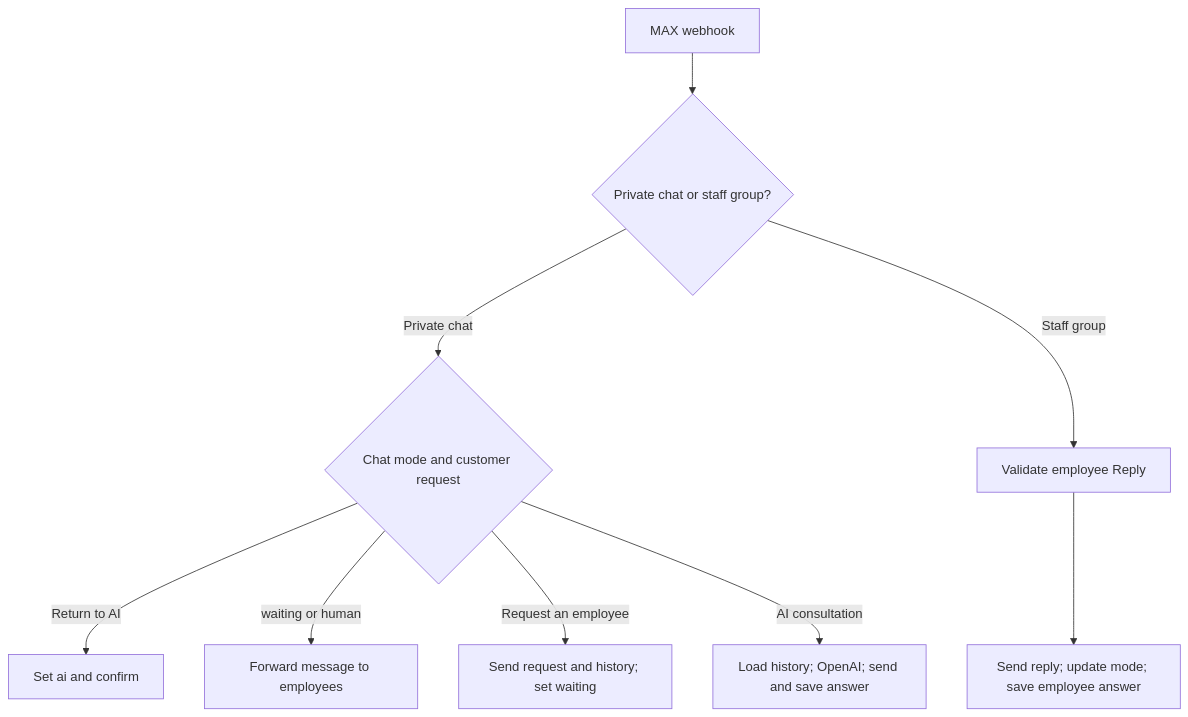
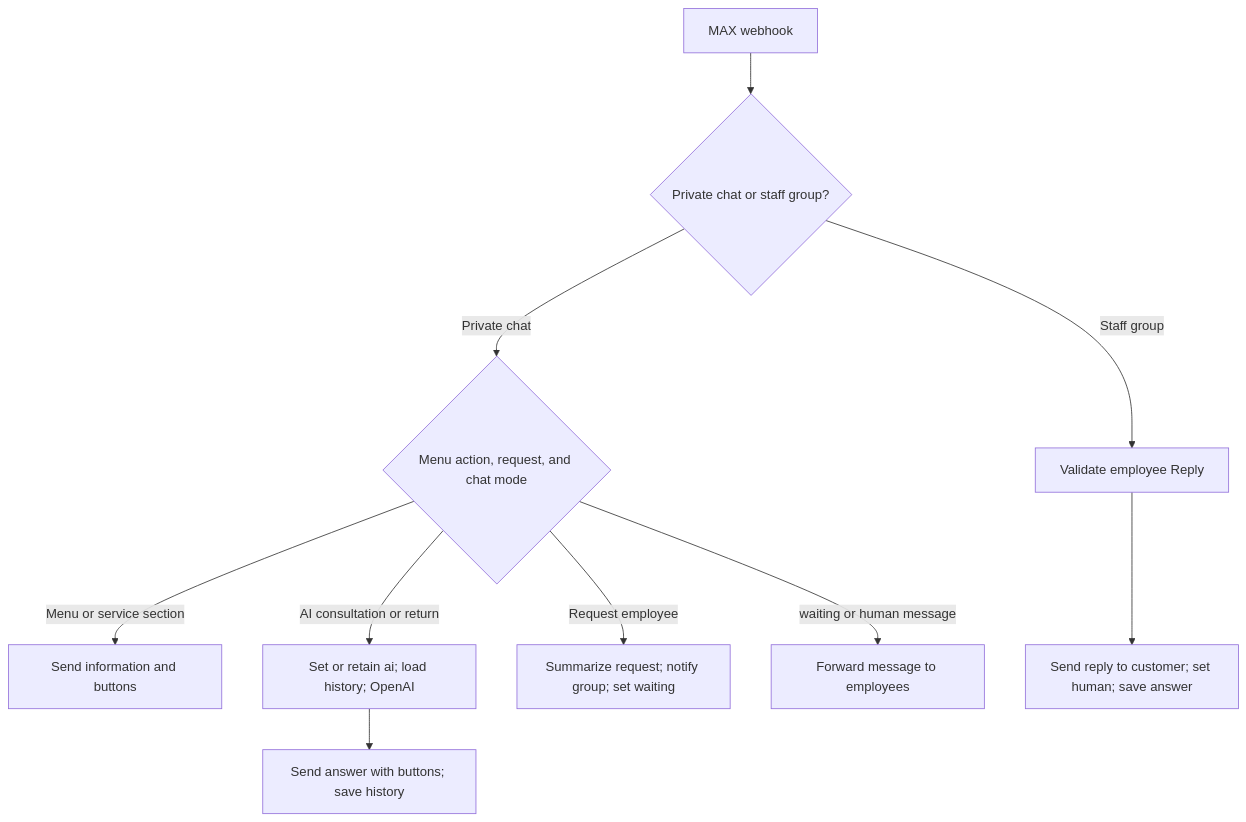
Before and after one commit to AlexZaytsev-ai/Barrier-MAX-AI-Assistant: the diagram in README.md, drawn with Mermaid. The commit also changed other lines of this file and 3 other files, not shown here.

````diff
--- a/README.md
+++ b/README.md
@@ -31,11 +54,12 @@
 ```mermaid
 flowchart TD
     A["MAX webhook"] --> B{"Private chat or staff group?"}
-    B -->|Private chat| C{"Chat mode and customer request"}
-    C -->|Return to AI| D["Set ai and confirm"]
-    C -->|waiting or human| E["Forward message to employees"]
-    C -->|Request an employee| F["Send request and history; set waiting"]
-    C -->|AI consultation| G["Load history; OpenAI; send and save answer"]
-    B -->|Staff group| H["Validate employee Reply"]
-    H --> I["Send reply; update mode; save employee answer"]
+    B -->|Private chat| C{"Menu action, request, and chat mode"}
+    C -->|Menu or service section| D["Send information and buttons"]
+    C -->|AI consultation or return| E["Set or retain ai; load history; OpenAI"]
+    E --> F["Send answer with buttons; save history"]
+    C -->|Request employee| G["Summarize request; notify group; set waiting"]
+    C -->|waiting or human message| H["Forward message to employees"]
+    B -->|Staff group| I["Validate employee Reply"]
+    I --> J["Send reply to customer; set human; save answer"]
 ```
````
